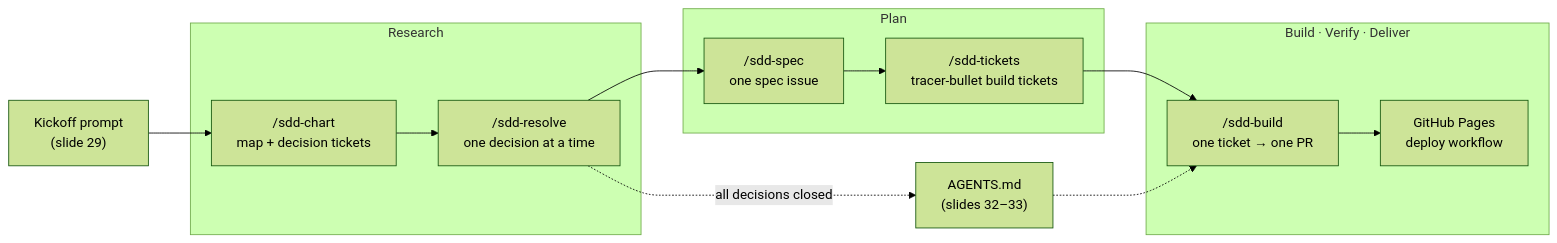
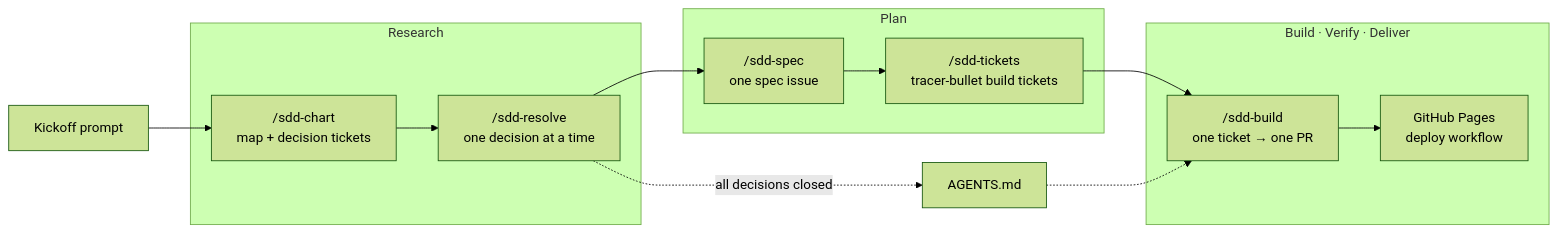
Before and after one commit to bgustavocosta-m/sdd-demo-test: the first of 2 diagrams in SESSION_GUIDE.md, drawn with Mermaid (forest theme).

Commit message:
Remove slide references from session guide flowchart

````diff
--- a/SESSION_GUIDE.md
+++ b/SESSION_GUIDE.md
@@ -15,19 +15,19 @@
 ```mermaid
 flowchart LR
-    P["Kickoff prompt<br/>(slide 29)"] --> C
+    P["Kickoff prompt"] --> C
     subgraph Research
         C["/sdd-chart<br/>map + decision tickets"]
         R["/sdd-resolve<br/>one decision at a time"]
     end
     subgraph Plan
         S["/sdd-spec<br/>one spec issue"]
         T["/sdd-tickets<br/>tracer-bullet build tickets"]
     end
     subgraph "Build · Verify · Deliver"
         B["/sdd-build<br/>one ticket → one PR"]
         D["GitHub Pages<br/>deploy workflow"]
     end
     C --> R --> S --> T --> B --> D
-    R -. "all decisions closed" .-> A["AGENTS.md<br/>(slides 32–33)"]
+    R -. "all decisions closed" .-> A["AGENTS.md"]
     A -.-> B
 ```
````
